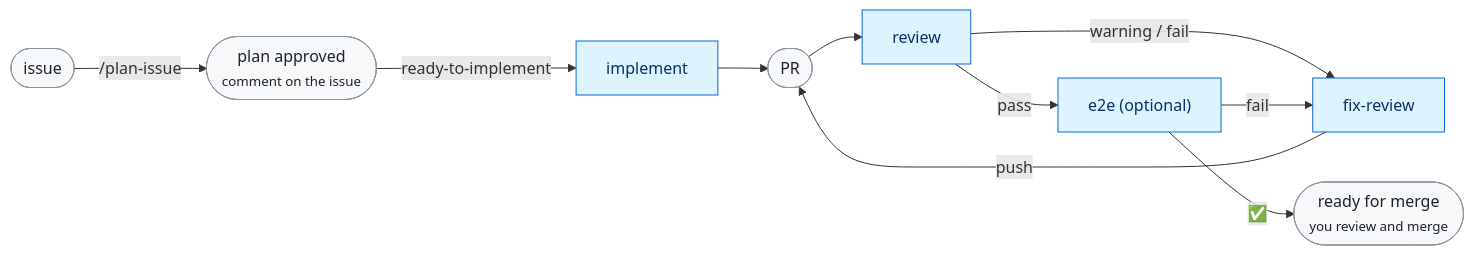
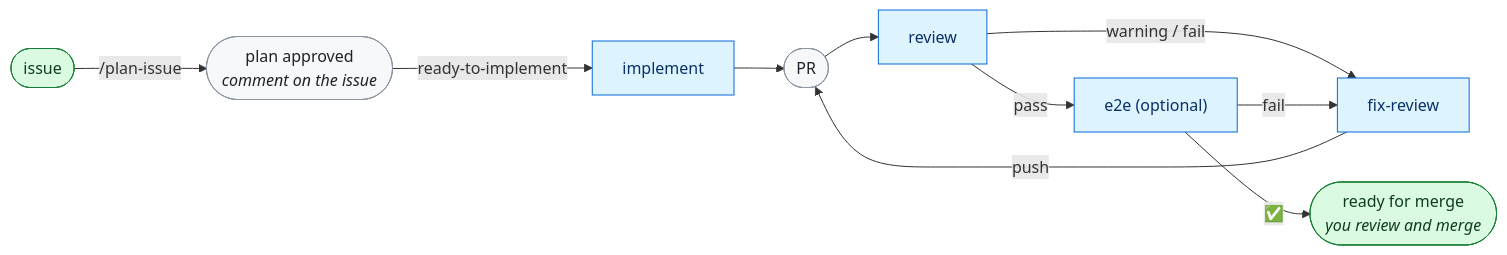
Before and after one commit to jmformenti/patufet: the diagram in README.md, drawn with Mermaid. The commit also changed other lines of this file, not shown here.

Commit message:
docs: italic subtitles and green start / end nodes in the README diagram
GitHub drops <small> in Mermaid labels, so the subtitles use a Markdown
string in italics. The issue and the ready-for-merge state get their own
colour.

````diff
--- a/README.md
+++ b/README.md
@@ -7,26 +7,30 @@
 ```mermaid
 flowchart LR
     issue([issue])
-    plan(["plan approved<br/><small>comment on the issue</small>"])
+    plan(["`plan approved
+    _comment on the issue_`"])
     implement[implement]
     pr([PR])
     review[review]
     fix[fix-review]
     e2e["e2e (optional)"]
-    ready(["ready for merge<br/><small>you review and merge</small>"])
+    ready(["`ready for merge
+    _you review and merge_`"])
 
     issue -->|"/plan-issue"| plan
     plan -->|"ready-to-implement"| implement
     implement --> pr
     pr --> review
     review -->|"warning / fail"| fix
     fix -->|push| pr
     review -->|pass| e2e
     e2e -->|fail| fix
     e2e -->|✅| ready
 
+    classDef endpoint fill:#dafbe1,stroke:#1a7f37,color:#0f3d1f
     classDef state fill:#f6f8fa,stroke:#8c959f,color:#1f2328
     classDef stage fill:#ddf4ff,stroke:#0969da,color:#0a3069
-    class issue,plan,pr,ready state
+    class issue,ready endpoint
+    class plan,pr state
     class implement,review,fix,e2e stage
 ```
````
